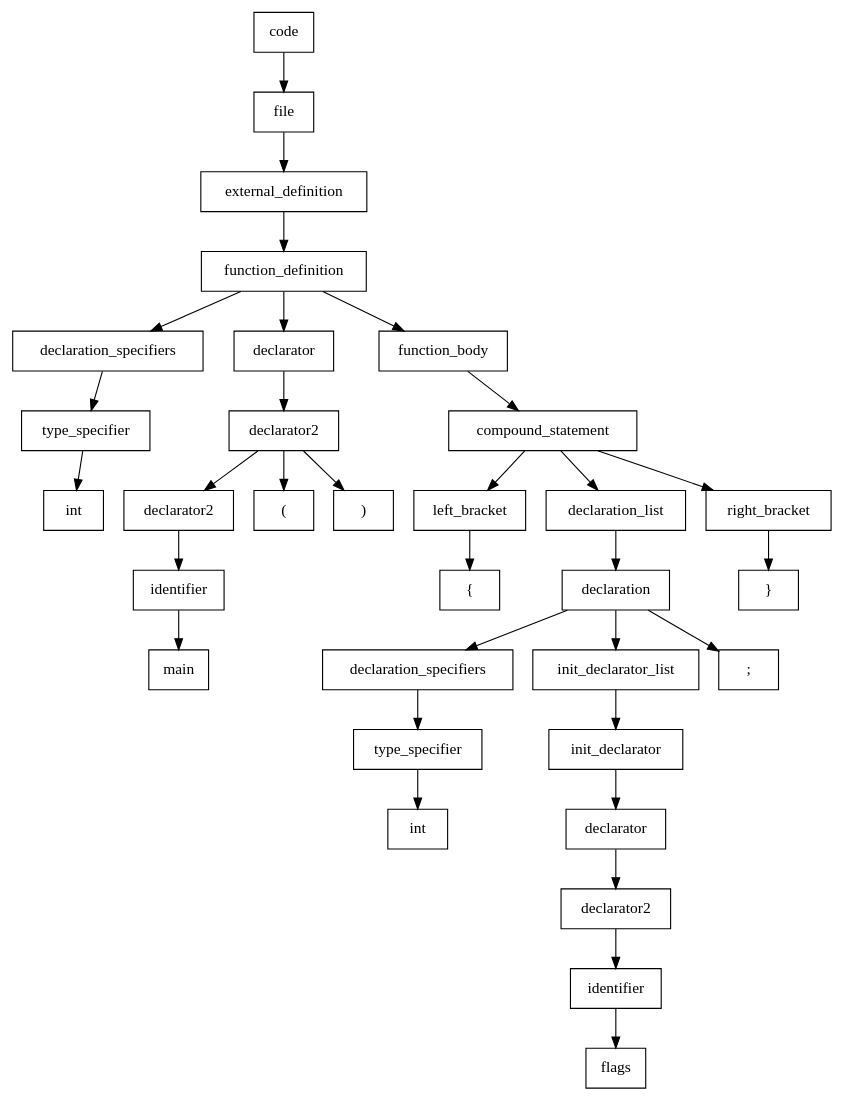
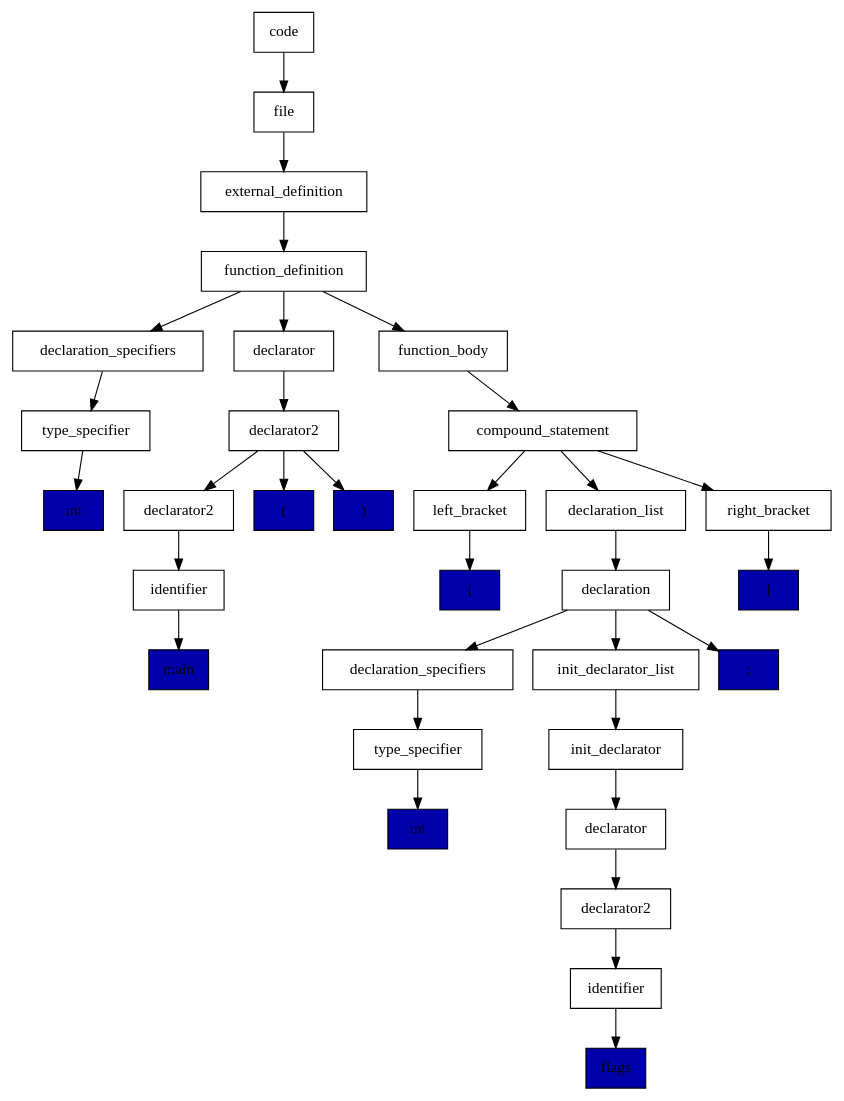
One commit to timtadh/pyflow changed the diagram in AST.dot. Above: the diagram before and after it, drawn with Graphviz. The commit also changed 3 other files, not shown here.

```diff
--- a/AST.dot
+++ b/AST.dot
@@ -1,108 +1,108 @@
 digraph AST {
     node [shape=box];
     {
         rank=same; 
         1 [label=code];
     }
     {
         rank=same; 
         2 [label=file];
     }
     {
         rank=same; 
         3 [label=external_definition];
     }
     {
         rank=same; 
         4 [label=function_definition];
     }
     {
         rank=same; 
         5 [label=declaration_specifiers];
         8 [label=declarator];
         15 [label=function_body];
     }
     {
         rank=same; 
         6 [label=type_specifier];
         9 [label=declarator2];
         16 [label=compound_statement];
     }
     {
         rank=same; 
-        7 [label="int"];
+        7 [label="int", style=filled, fillcolor="#0000aa"];
         10 [label=declarator2];
-        13 [label="("];
-        14 [label=")"];
+        13 [label="(", style=filled, fillcolor="#0000aa"];
+        14 [label=")", style=filled, fillcolor="#0000aa"];
         17 [label=left_bracket];
         19 [label=declaration_list];
         31 [label=right_bracket];
     }
     {
         rank=same; 
         11 [label=identifier];
-        18 [label="{"];
+        18 [label="{", style=filled, fillcolor="#0000aa"];
         20 [label=declaration];
-        32 [label="}"];
+        32 [label="}", style=filled, fillcolor="#0000aa"];
     }
     {
         rank=same; 
-        12 [label="main"];
+        12 [label="main", style=filled, fillcolor="#0000aa"];
         21 [label=declaration_specifiers];
         24 [label=init_declarator_list];
-        30 [label=";"];
+        30 [label=";", style=filled, fillcolor="#0000aa"];
     }
     {
         rank=same; 
         22 [label=type_specifier];
         25 [label=init_declarator];
     }
     {
         rank=same; 
-        23 [label="int"];
+        23 [label="int", style=filled, fillcolor="#0000aa"];
         26 [label=declarator];
     }
     {
         rank=same; 
         27 [label=declarator2];
     }
     {
         rank=same; 
         28 [label=identifier];
     }
     {
         rank=same; 
-        29 [label="flags"];
+        29 [label="flags", style=filled, fillcolor="#0000aa"];
     }
     1 -> 2;
     2 -> 3;
     3 -> 4;
     4 -> 5;
     4 -> 8;
     4 -> 15;
     5 -> 6;
     8 -> 9;
     15 -> 16;
     6 -> 7;
     9 -> 10;
     9 -> 13;
     9 -> 14;
     16 -> 17;
     16 -> 19;
     16 -> 31;
     10 -> 11;
     17 -> 18;
     19 -> 20;
     31 -> 32;
     11 -> 12;
     20 -> 21;
     20 -> 24;
     20 -> 30;
     21 -> 22;
     24 -> 25;
     22 -> 23;
     25 -> 26;
     26 -> 27;
     27 -> 28;
     28 -> 29;
 }
```
